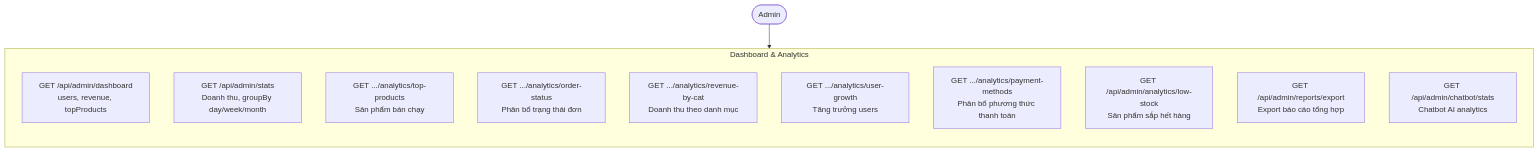
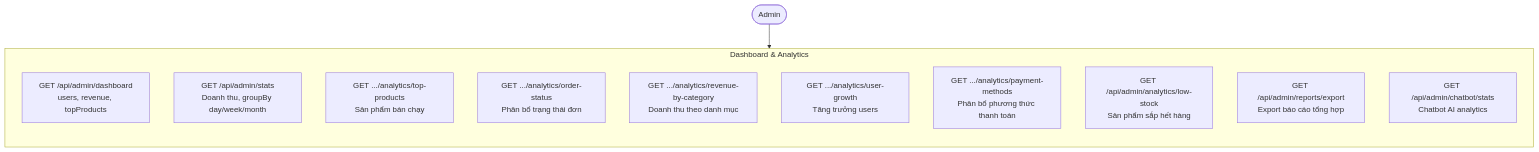
Diagram 20 of 47 in DIAGRAMS.md (MinhThang1009/E-commerce-website), drawn with Mermaid before and after one commit. The commit also changed other lines of this file, not shown here.

First line of the commit message:
docs(diagrams): sửa §2/§7/§8 khớp code sau audit per-element

````diff
--- a/DIAGRAMS.md
+++ b/DIAGRAMS.md
@@ -598,20 +597,20 @@
 ```mermaid
 flowchart TB
     Admin(["Admin"])
 
     subgraph ADMIN_DASH["Dashboard & Analytics"]
         direction TB
         AD1["GET /api/admin/dashboard<br/>users, revenue, topProducts"]
         AD2["GET /api/admin/stats<br/>Doanh thu, groupBy day/week/month"]
         AD3["GET .../analytics/top-products<br/>Sản phẩm bán chạy"]
         AD4["GET .../analytics/order-status<br/>Phân bổ trạng thái đơn"]
-        AD5["GET .../analytics/revenue-by-cat<br/>Doanh thu theo danh mục"]
+        AD5["GET .../analytics/revenue-by-category<br/>Doanh thu theo danh mục"]
         AD6["GET .../analytics/user-growth<br/>Tăng trưởng users"]
         AD7["GET .../analytics/payment-methods<br/>Phân bổ phương thức thanh toán"]
         AD8["GET /api/admin/analytics/low-stock<br/>Sản phẩm sắp hết hàng"]
         AD9["GET /api/admin/reports/export<br/>Export báo cáo tổng hợp"]
         AD10["GET /api/admin/chatbot/stats<br/>Chatbot AI analytics"]
     end
 
     Admin --> ADMIN_DASH
 ```
````
